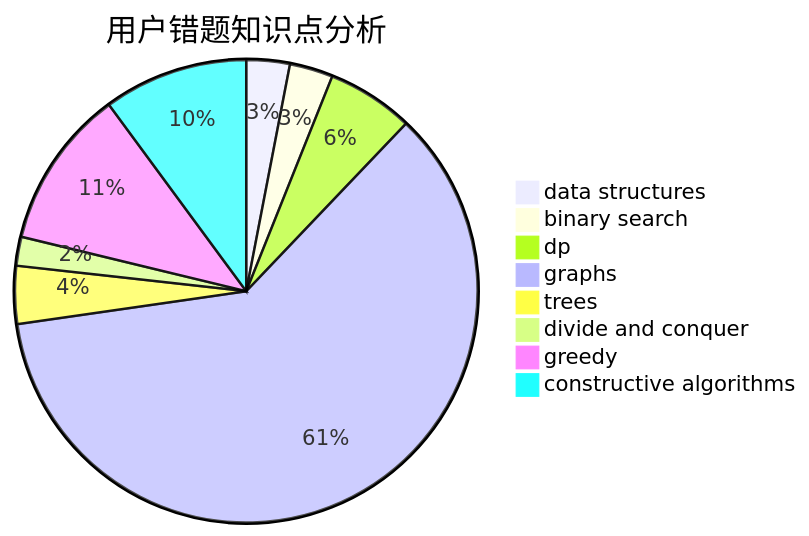
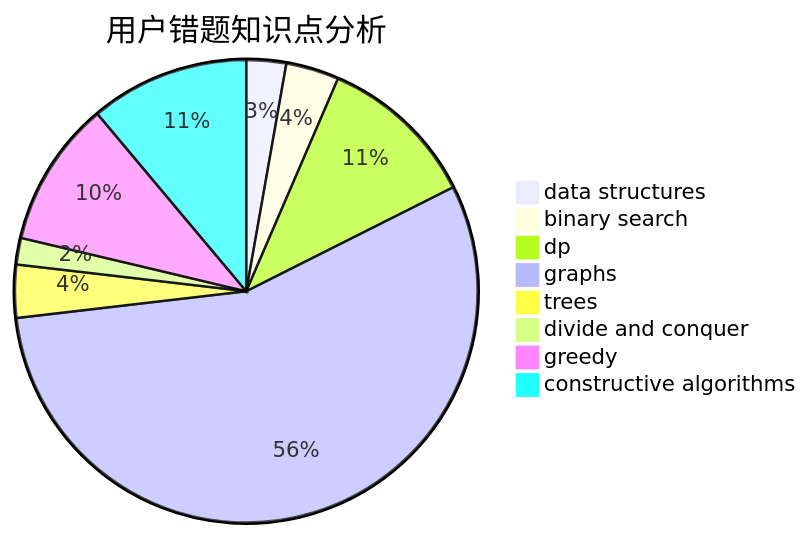
One commit to sherpahu/cfrs.github.io changed the third of 3 diagrams in docs/user/u2541.md. Above: the diagram before and after it, drawn with Mermaid. The commit also changed other lines of this file and 2770 other files, not shown here.

````diff
--- a/docs/user/u2541.md
+++ b/docs/user/u2541.md
@@ -36,11 +36,11 @@
 ```mermaid
 pie title 用户错题知识点分析
     "data structures" :  3
-    "binary search" :  3
-    "dp" :  6
+    "binary search" :  4
+    "dp" :  12
     "graphs" :  60
     "trees" :  4
     "divide and conquer" :  2
     "greedy" :  11
-    "constructive algorithms" :  10
+    "constructive algorithms" :  12
 ```
````
